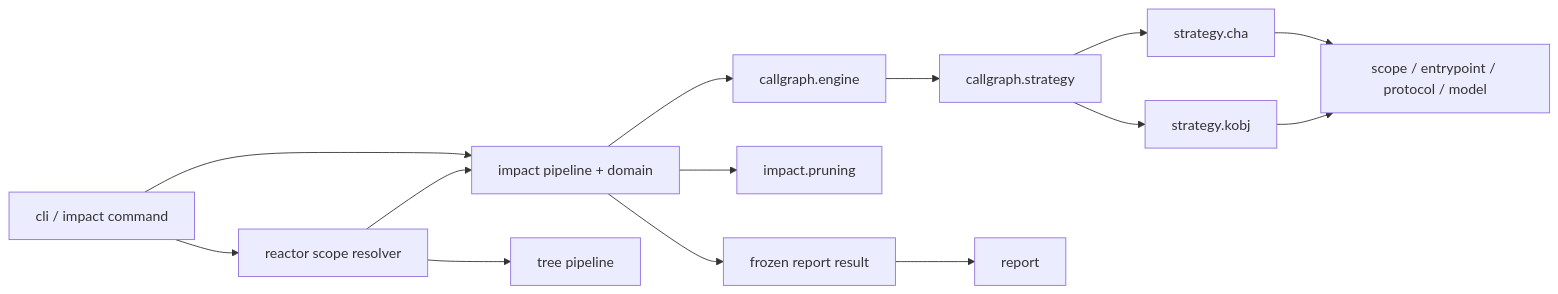
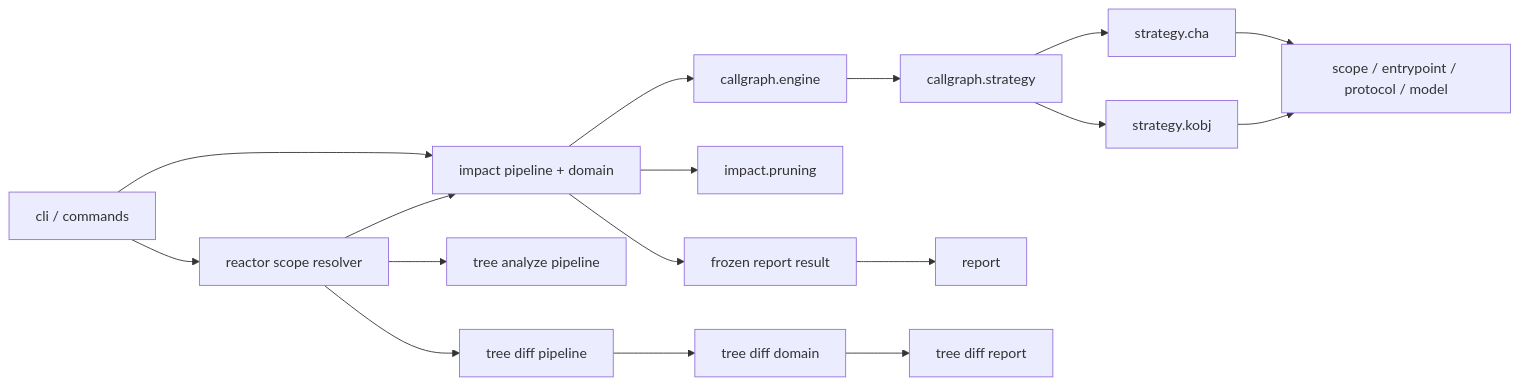
The first of 3 diagrams in wiki/architecture/dependency-analysis-pipelines.md (ymyii/change-impact-analyze), drawn with Mermaid before and after one commit. The commit also changed other lines of this file and 64 other files, not shown here.

First line of the commit message:
feat(tree)!: add dependency tree diff reports

````diff
--- a/wiki/architecture/dependency-analysis-pipelines.md
+++ b/wiki/architecture/dependency-analysis-pipelines.md
@@ -88,16 +99,19 @@
 ```mermaid
 flowchart LR
-  CLI["cli / impact command"] --> Impact["impact pipeline + domain"]
+  CLI["cli / commands"] --> Impact["impact pipeline + domain"]
   CLI --> Reactor["reactor scope resolver"]
   Reactor --> Impact
-  Reactor --> Tree["tree pipeline"]
+  Reactor --> TreeAnalyze["tree analyze pipeline"]
+  Reactor --> TreeDiff["tree diff pipeline"]
+  TreeDiff --> TreeDomain["tree diff domain"]
+  TreeDomain --> TreeReport["tree diff report"]
   Impact --> Engine["callgraph.engine"]
   Engine --> Strategy["callgraph.strategy"]
   Strategy --> CHA["strategy.cha"]
   Strategy --> KObj["strategy.kobj"]
   CHA --> Common["scope / entrypoint / protocol / model"]
   KObj --> Common
   Impact --> Pruning["impact.pruning"]
   Impact --> Snapshot["frozen report result"]
   Snapshot --> Report["report"]
 ```
````
